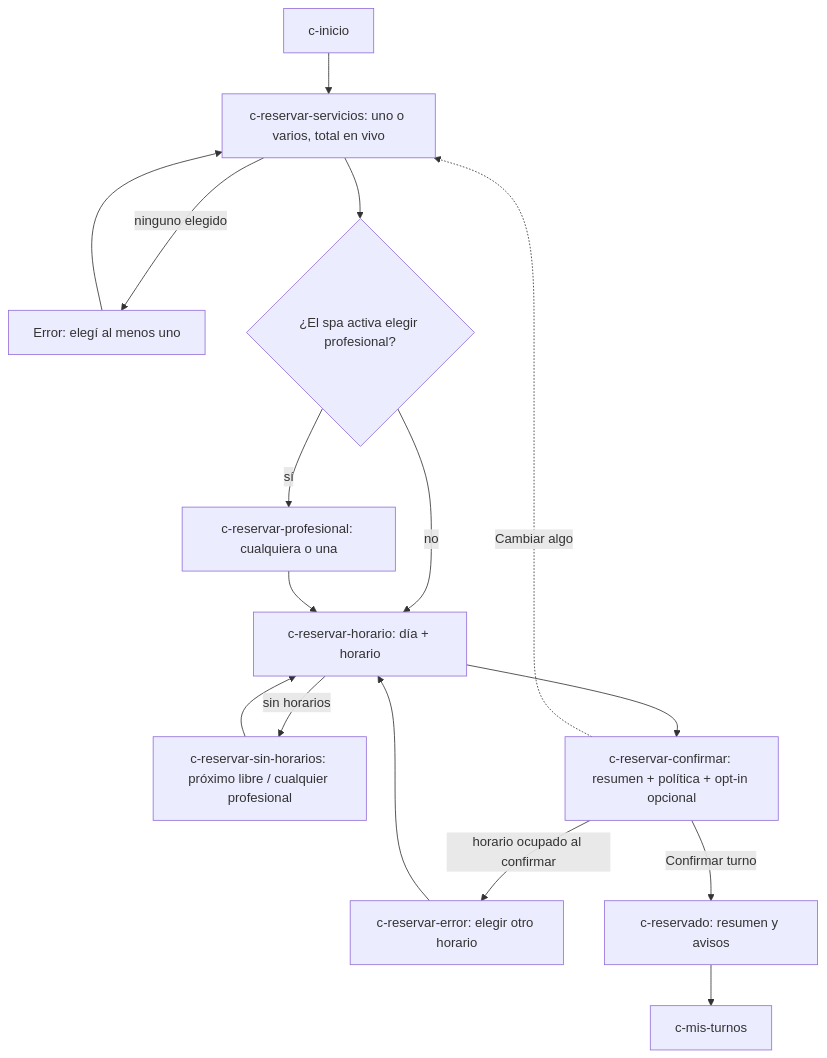
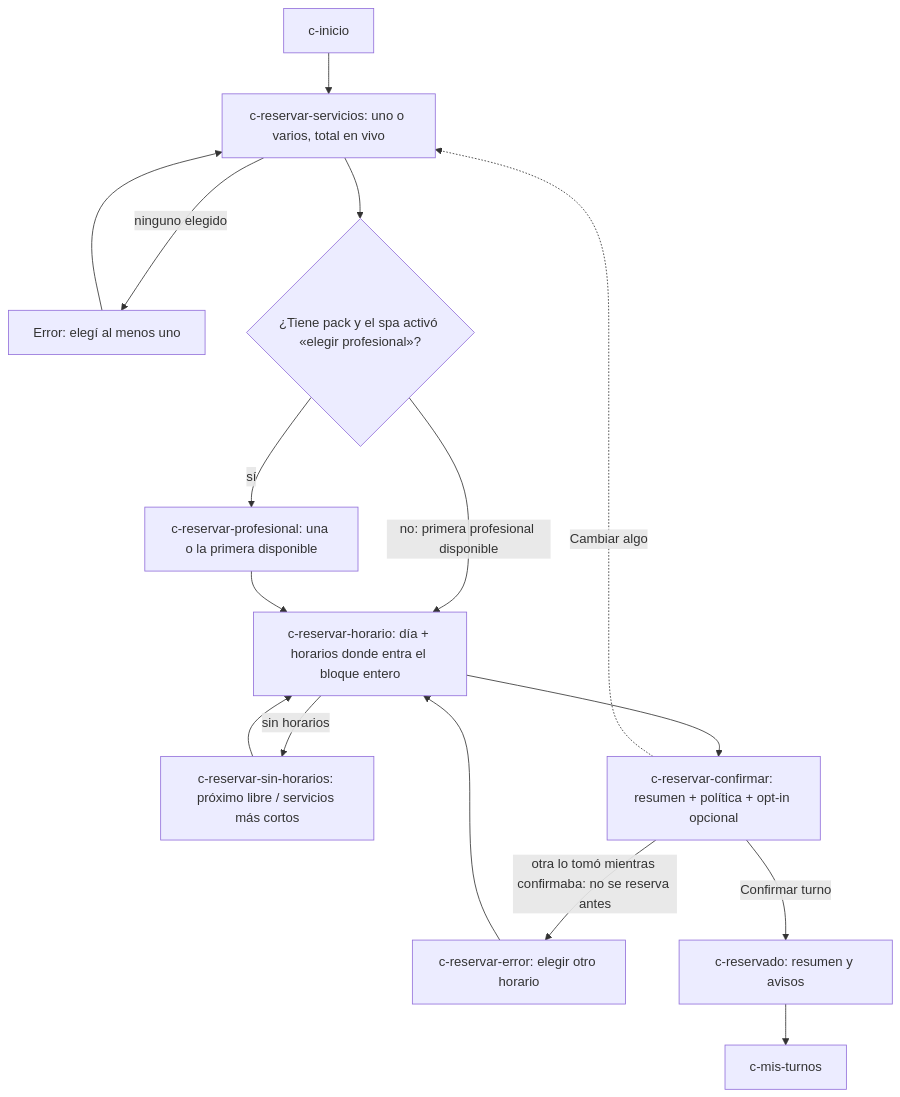
One commit to gm2dev/coop-agents-design changed the second of 8 diagrams in initiatives/spa-reservas-mvp/flows.md. Above: the diagram before and after it, drawn with Mermaid. The commit also changed other lines of this file and 60 other files, not shown here.

````diff
--- a/initiatives/spa-reservas-mvp/flows.md
+++ b/initiatives/spa-reservas-mvp/flows.md
@@ -22,15 +22,15 @@
 ```mermaid
 flowchart TD
   A[c-inicio] --> S[c-reservar-servicios: uno o varios, total en vivo]
   S -->|ninguno elegido| S1[Error: elegí al menos uno] --> S
-  S --> Q{¿El spa activa elegir profesional?}
-  Q -->|sí| P[c-reservar-profesional: cualquiera o una]
-  Q -->|no| H
-  P --> H[c-reservar-horario: día + horario]
-  H -->|sin horarios| H1[c-reservar-sin-horarios: próximo libre / cualquier profesional] --> H
+  S --> Q{¿Tiene pack y el spa activó «elegir profesional»?}
+  Q -->|sí| P[c-reservar-profesional: una o la primera disponible]
+  Q -->|no: primera profesional disponible| H
+  P --> H[c-reservar-horario: día + horarios donde entra el bloque entero]
+  H -->|sin horarios| H1[c-reservar-sin-horarios: próximo libre / servicios más cortos] --> H
   H --> C[c-reservar-confirmar: resumen + política + opt-in opcional]
-  C -->|horario ocupado al confirmar| C1[c-reservar-error: elegir otro horario] --> H
+  C -->|otra lo tomó mientras confirmaba: no se reserva antes| C1[c-reservar-error: elegir otro horario] --> H
   C -->|Confirmar turno| OK[c-reservado: resumen y avisos]
   OK --> M[c-mis-turnos]
   C -.->|Cambiar algo| S
 ```
````
